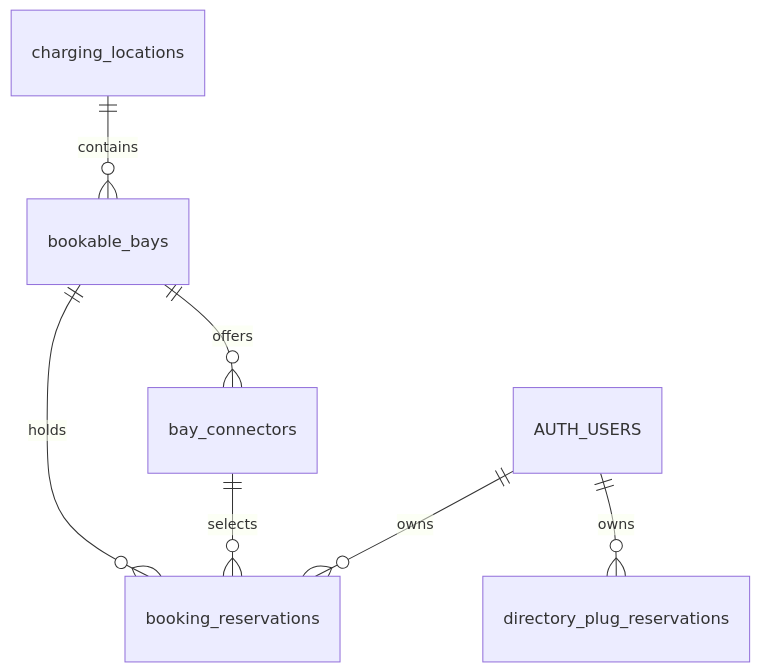
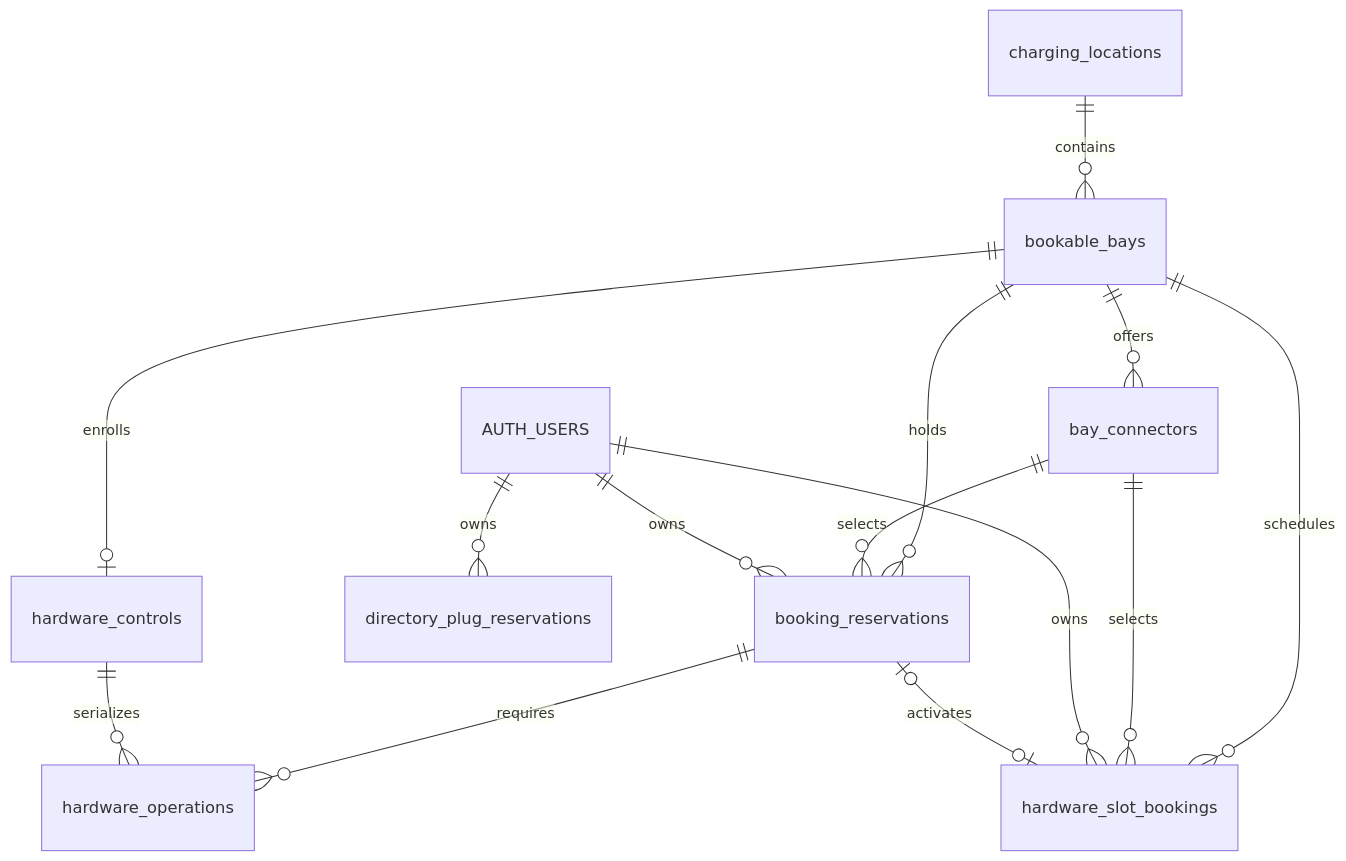
The diagram in docs/DATABASE.md (BorisPetreski/Ecurious-Challenge), drawn with Mermaid before and after one commit. The commit also changed other lines of this file and 59 other files, not shown here.

````diff
--- a/docs/DATABASE.md
+++ b/docs/DATABASE.md
@@ -22,9 +22,16 @@
 ```mermaid
 erDiagram
   charging_locations ||--o{ bookable_bays : contains
   bookable_bays ||--o{ bay_connectors : offers
   bookable_bays ||--o{ booking_reservations : holds
   bay_connectors ||--o{ booking_reservations : selects
   AUTH_USERS ||--o{ booking_reservations : owns
   AUTH_USERS ||--o{ directory_plug_reservations : owns
+  bookable_bays ||--o| hardware_controls : enrolls
+  booking_reservations ||--o{ hardware_operations : requires
+  hardware_controls ||--o{ hardware_operations : serializes
+  bookable_bays ||--o{ hardware_slot_bookings : schedules
+  bay_connectors ||--o{ hardware_slot_bookings : selects
+  AUTH_USERS ||--o{ hardware_slot_bookings : owns
+  booking_reservations |o--o| hardware_slot_bookings : activates
 ```
````
